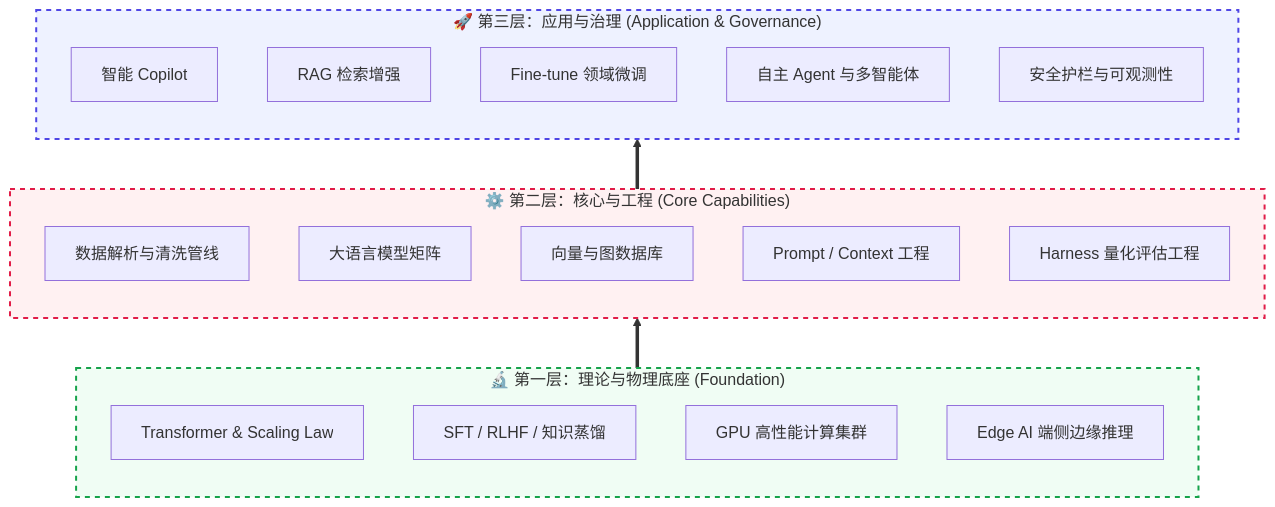
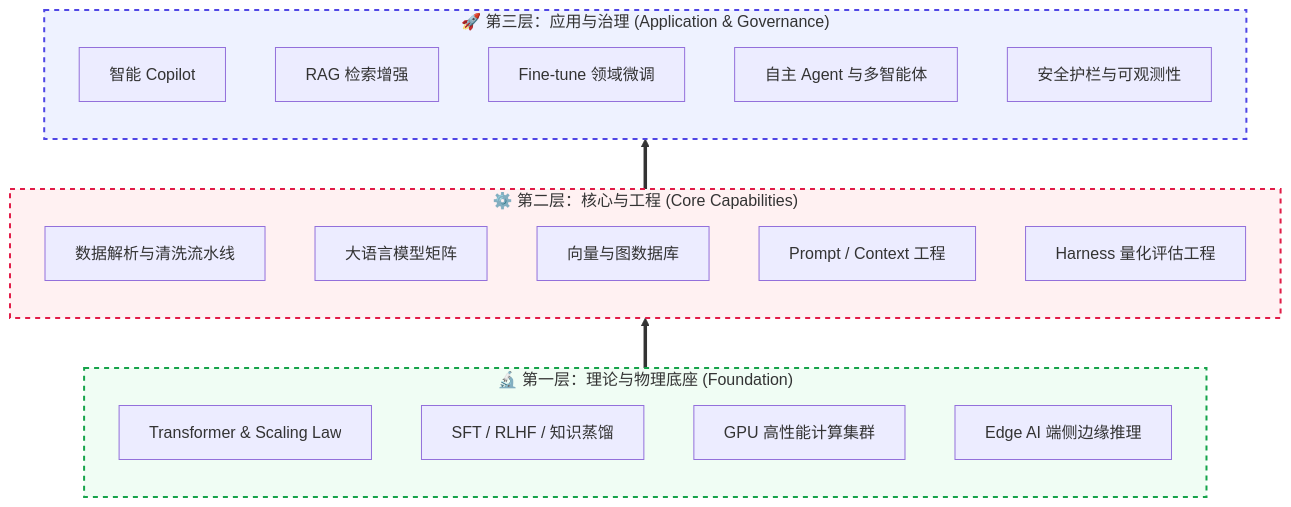
The first of 33 diagrams in doc/AI_Knowledge_Roadmap.md (wangchong2023/lang-chain-graph), drawn with Mermaid before and after one commit. The commit also changed other lines of this file, not shown here.

Commit message:
docs: update AI knowledge roadmap with new learning resources and milestones

````diff
--- a/doc/AI_Knowledge_Roadmap.md
+++ b/doc/AI_Knowledge_Roadmap.md
@@ -31,37 +31,37 @@
 ```mermaid
 graph BT
     %% 第 3 层：应用与治理
     subgraph AppLayer ["🚀 第三层：应用与治理 (Application & Governance)"]
         A1[智能 Copilot]
         A2[RAG 检索增强]
         A3[Fine-tune 领域微调]
         A4[自主 Agent 与多智能体]
         A5[安全护栏与可观测性]
     end
 
     %% 第 2 层：核心与工程
     subgraph CoreLayer ["⚙️ 第二层：核心与工程 (Core Capabilities)"]
-        C1[数据解析与清洗管线]
+        C1[数据解析与清洗流水线]
         C2[大语言模型矩阵]
         C3[向量与图数据库]
         C4[Prompt / Context 工程]
         C5[Harness 量化评估工程]
     end
 
     %% 第 1 层：理论与基座
     subgraph FoundationLayer ["🔬 第一层：理论与物理底座 (Foundation)"]
         F1[Transformer & Scaling Law]
         F2[SFT / RLHF / 知识蒸馏]
         F3[GPU 高性能计算集群]
         F4[Edge AI 端侧边缘推理]
     end
 
     %% 层级依赖关系
     FoundationLayer ==> CoreLayer
     CoreLayer ==> AppLayer
 
     %% 样式美化
     style AppLayer fill:#eef2ff,stroke:#4f46e5,stroke-width:2px,stroke-dasharray: 5 5
     style CoreLayer fill:#fff1f2,stroke:#e11d48,stroke-width:2px,stroke-dasharray: 5 5
     style FoundationLayer fill:#f0fdf4,stroke:#16a34a,stroke-width:2px,stroke-dasharray: 5 5
 ```
````
